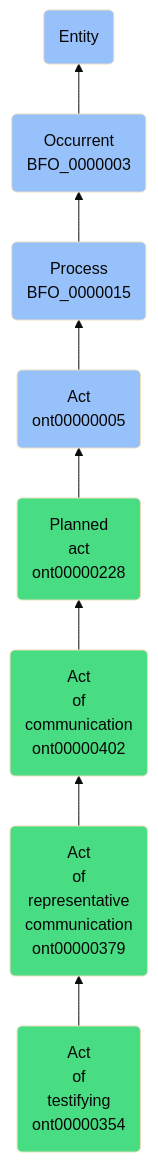
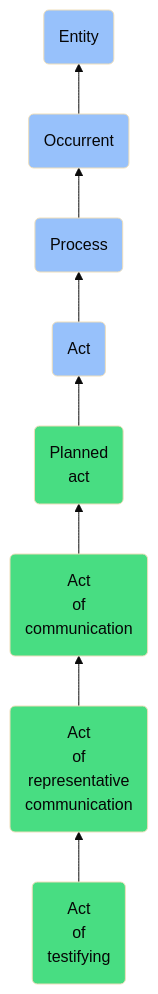
One commit to jupyter-naas/abi changed the diagram in docs/ontology/reference/model/Entity/Occurrent/Process/Act/Planned act/Act of communication/Act of representative communication/Act of testifying/Act of testifying.md. Above: the diagram before and after it, drawn with Mermaid (base theme). The commit also changed other lines of this file and 1430 other files, not shown here.

````diff
--- a/docs/ontology/reference/model/Entity/Occurrent/Process/Act/Planned act/Act of communication/Act of representative communication/Act of testifying/Act of testifying.md
+++ b/docs/ontology/reference/model/Entity/Occurrent/Process/Act/Planned act/Act of communication/Act of representative communication/Act of testifying/Act of testifying.md
@@ -24,15 +24,15 @@
 ```mermaid
 graph BT
-    ont00000354(Act<br>of<br>testifying<br>ont00000354):::ABI-->ont00000379
-    ont00000379(Act<br>of<br>representative<br>communication<br>ont00000379):::ABI-->ont00000402
-    ont00000402(Act<br>of<br>communication<br>ont00000402):::ABI-->ont00000228
-    ont00000228(Planned<br>act<br>ont00000228):::ABI-->ont00000005
-    ont00000005(Act<br>ont00000005):::BFO-->BFO_0000015
-    BFO_0000015(Process<br>BFO_0000015):::BFO-->BFO_0000003
-    BFO_0000003(Occurrent<br>BFO_0000003):::BFO-->BFO_0000001
+    ont00000354(Act<br>of<br>testifying):::ABI-->ont00000379
+    ont00000379(Act<br>of<br>representative<br>communication):::ABI-->ont00000402
+    ont00000402(Act<br>of<br>communication):::ABI-->ont00000228
+    ont00000228(Planned<br>act):::ABI-->ont00000005
+    ont00000005(Act):::BFO-->BFO_0000015
+    BFO_0000015(Process):::BFO-->BFO_0000003
+    BFO_0000003(Occurrent):::BFO-->BFO_0000001
     BFO_0000001(Entity):::BFO
     
     classDef BFO fill:#97c1fb,color:#060606
     classDef CCO fill:#e4c51e,color:#060606
     classDef ABI fill:#48DD82,color:#060606
 ```
````
